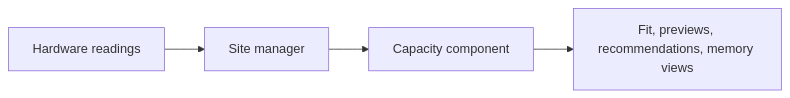
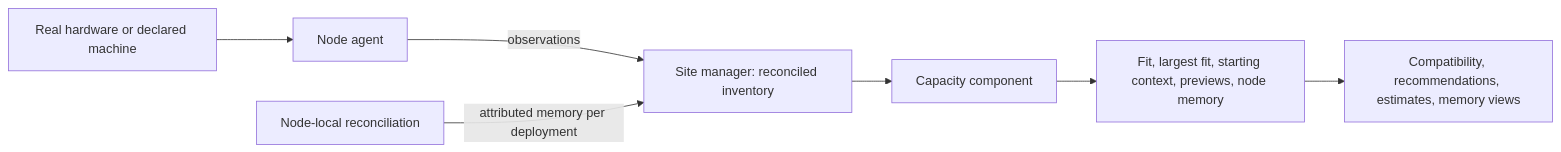
The diagram in docs/design/machines.md (dotcoreai/dotcore), drawn with Mermaid before and after one commit. The commit also changed other lines of this file and 12 other files, not shown here.

Commit message:
docs(*): restructure design pages as architecture specs

````diff
--- a/docs/design/machines.md
+++ b/docs/design/machines.md
@@ -15,6 +28,9 @@
 ```mermaid
 flowchart LR
-  OBS["Hardware readings"] --> SM["Site manager"]
-  SM --> CAP["Capacity component"]
-  CAP --> VIEWS["Fit, previews, recommendations, memory views"]
+  HW["Real hardware or declared machine"] --> NA["Node agent"]
+  NA -->|"observations"| INV["Site manager: reconciled inventory"]
+  REC["Node-local reconciliation"] -->|"attributed memory per deployment"| INV
+  INV --> CAP["Capacity component"]
+  CAP --> OUT["Fit, largest fit, starting context, previews, node memory"]
+  OUT --> R["Compatibility, recommendations, estimates, memory views"]
 ```
````
